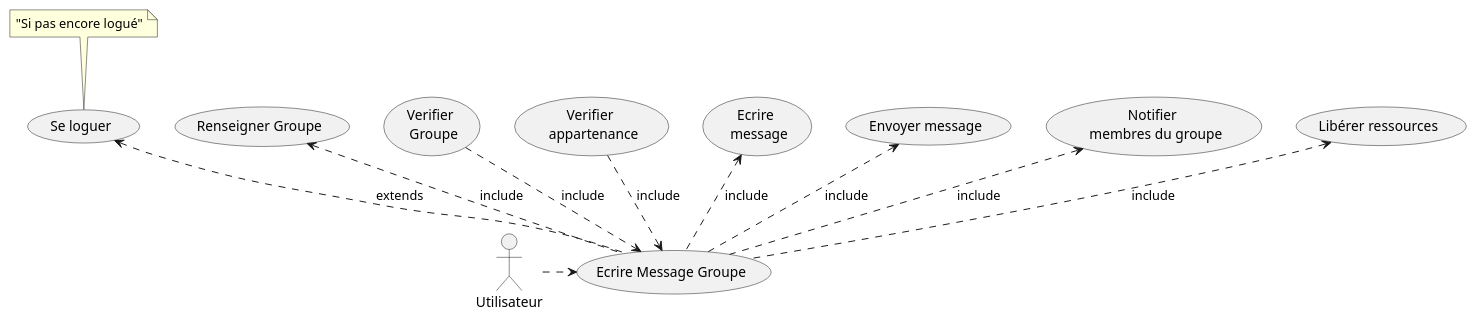
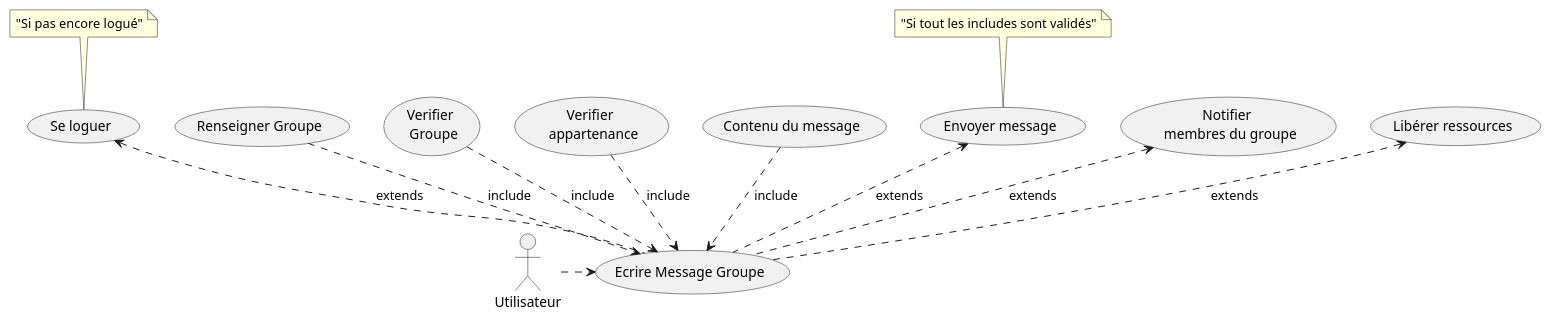
Before and after one commit to clementfvrl/projet_linux: the diagram in docs/use_cases/EcrireMessageGroupe.puml, drawn with PlantUML. The commit also changed 7 other files, not shown here.

```diff
--- a/docs/use_cases/EcrireMessageGroupe.puml
+++ b/docs/use_cases/EcrireMessageGroupe.puml
@@ -1,19 +1,22 @@
 @startuml
 
 actor Utilisateur as User
 
 (Se loguer) <.. (Ecrire Message Groupe) : extends 
 
 note top of  (Se loguer) : "Si pas encore logué"
 
 (User) .> (Ecrire Message Groupe)
 
-(Renseigner Groupe) <.. (Ecrire Message Groupe) : include
+(Renseigner Groupe) ..> (Ecrire Message Groupe) : include
 (Verifier \n Groupe) ..> (Ecrire Message Groupe) : include
 (Verifier \n appartenance)..>(Ecrire Message Groupe) : include
-(Ecrire \n message) <.. (Ecrire Message Groupe) : include
-(Envoyer message) <.. (Ecrire Message Groupe) : include
-(Notifier \n membres du groupe) <.. (Ecrire Message Groupe) : include
-(Libérer ressources) <.. (Ecrire Message Groupe) : include
+(Contenu du message) ..> (Ecrire Message Groupe) : include
+(Envoyer message) <.. (Ecrire Message Groupe) : extends
+(Notifier \n membres du groupe) <.. (Ecrire Message Groupe) : extends
+(Libérer ressources) <.. (Ecrire Message Groupe) : extends
+note top of  (Envoyer message) : "Si tout les includes sont validés"
+
+
 
 @enduml
```
